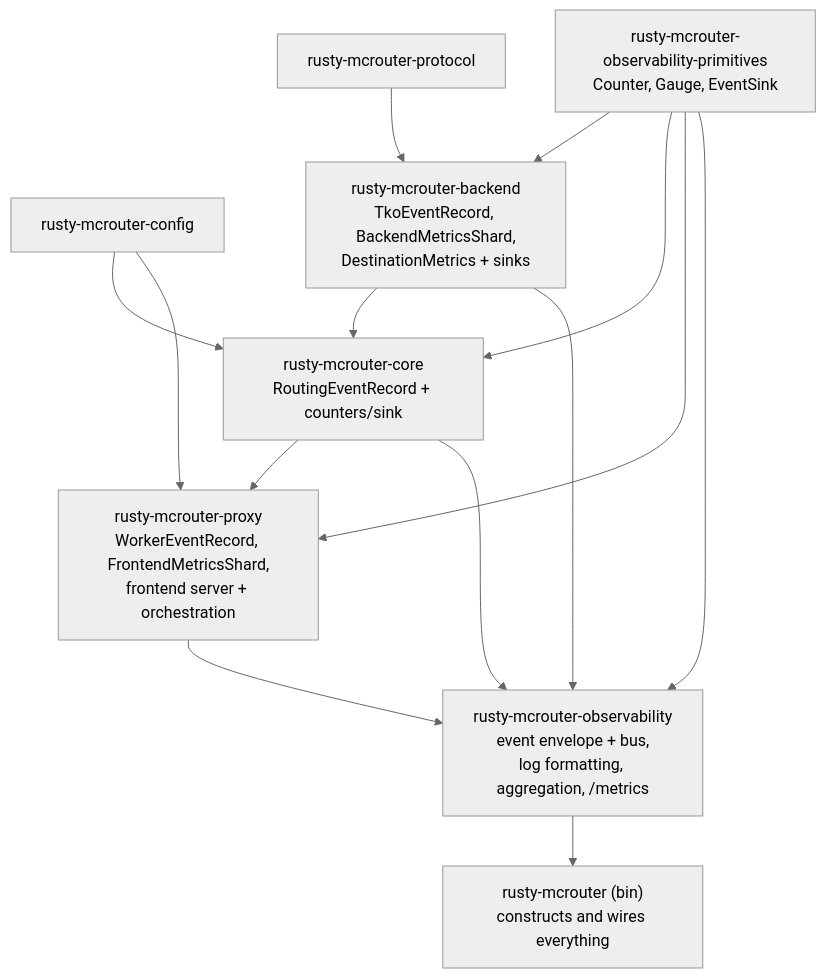
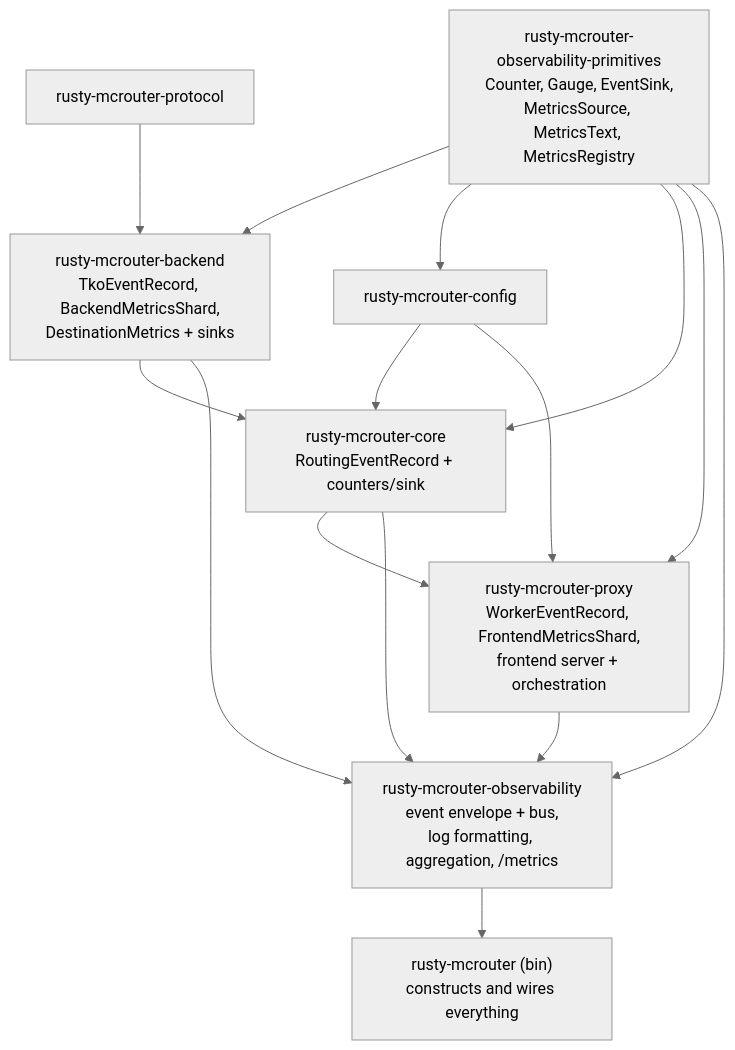
Before and after one commit to raydatray/rusty-mcrouter: the second of 3 diagrams in docs/design/0001-observability.md, drawn with Mermaid (neutral theme). The commit also changed other lines of this file and 7 other files, not shown here.

````diff
--- a/docs/design/0001-observability.md
+++ b/docs/design/0001-observability.md
@@ -199,20 +199,21 @@
 ```mermaid
 flowchart TB
     P[rusty-mcrouter-protocol]
     K[rusty-mcrouter-config]
-    Q["rusty-mcrouter-observability-primitives<br/>Counter, Gauge, EventSink"]
+    Q["rusty-mcrouter-observability-primitives<br/>Counter, Gauge, EventSink,<br/>MetricsSource, MetricsText, MetricsRegistry"]
     N["rusty-mcrouter-backend<br/>TkoEventRecord, BackendMetricsShard,<br/>DestinationMetrics + sinks"]
     C["rusty-mcrouter-core<br/>RoutingEventRecord + counters/sink"]
     X["rusty-mcrouter-proxy<br/>WorkerEventRecord, FrontendMetricsShard,<br/>frontend server + orchestration"]
     O["rusty-mcrouter-observability<br/>event envelope + bus,<br/>log formatting, aggregation, /metrics"]
     B["rusty-mcrouter (bin)<br/>constructs and wires everything"]
     P --> N --> C --> X --> O --> B
     K --> C
     K --> X
     N --> O
     Q --> N
+    Q --> K
     Q --> C
     Q --> X
     Q --> O
     C --> O
 ```
````
